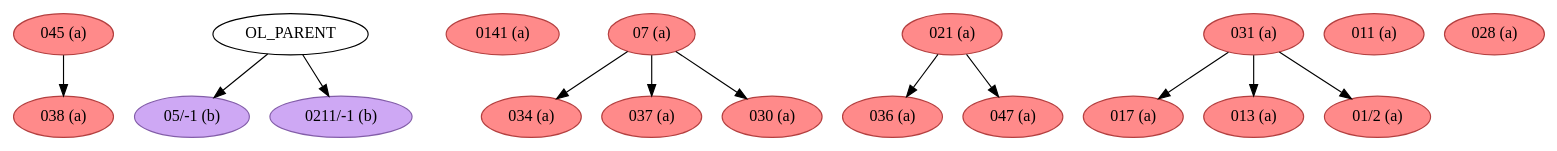
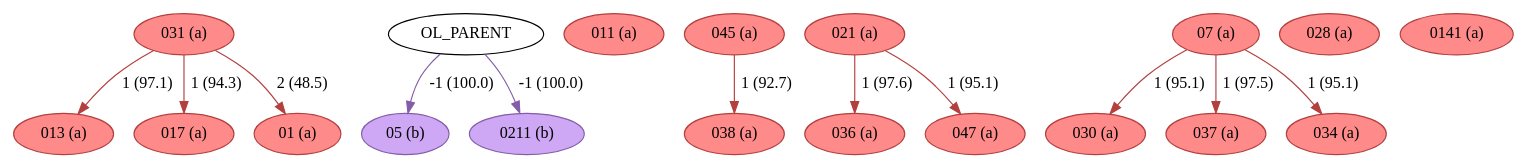
Before and after one commit to edmondac/CBGM: the diagram in example/c2/textual_flow_22_40_c2.dot, drawn with Graphviz. The commit also changed 163 other files, not shown here.

Commit message:
Updated diagrams with new code

```diff
--- a/example/c2/textual_flow_22_40_c2.dot
+++ b/example/c2/textual_flow_22_40_c2.dot
@@ -1,32 +1,32 @@
 strict digraph G {
+"013 (a)" [fillcolor="#FF8A8A", color="#b43f3f", style=filled];
+"05 (b)" [fillcolor="#CEA8F4", color="#835da9", style=filled];
+"011 (a)" [fillcolor="#FF8A8A", color="#b43f3f", style=filled];
+"017 (a)" [fillcolor="#FF8A8A", color="#b43f3f", style=filled];
+"045 (a)" [fillcolor="#FF8A8A", color="#b43f3f", style=filled];
+"021 (a)" [fillcolor="#FF8A8A", color="#b43f3f", style=filled];
+"030 (a)" [fillcolor="#FF8A8A", color="#b43f3f", style=filled];
+"028 (a)" [fillcolor="#FF8A8A", color="#b43f3f", style=filled];
+"037 (a)" [fillcolor="#FF8A8A", color="#b43f3f", style=filled];
+"036 (a)" [fillcolor="#FF8A8A", color="#b43f3f", style=filled];
+"07 (a)" [fillcolor="#FF8A8A", color="#b43f3f", style=filled];
+"0211 (b)" [fillcolor="#CEA8F4", color="#835da9", style=filled];
 "038 (a)" [fillcolor="#FF8A8A", color="#b43f3f", style=filled];
-"05/-1 (b)" [fillcolor="#CEA8F4", color="#835da9", style=filled];
+OL_PARENT;
+"034 (a)" [fillcolor="#FF8A8A", color="#b43f3f", style=filled];
+"047 (a)" [fillcolor="#FF8A8A", color="#b43f3f", style=filled];
 "0141 (a)" [fillcolor="#FF8A8A", color="#b43f3f", style=filled];
-"034 (a)" [fillcolor="#FF8A8A", color="#b43f3f", style=filled];
-"036 (a)" [fillcolor="#FF8A8A", color="#b43f3f", style=filled];
-"017 (a)" [fillcolor="#FF8A8A", color="#b43f3f", style=filled];
-"011 (a)" [fillcolor="#FF8A8A", color="#b43f3f", style=filled];
-"045 (a)" [fillcolor="#FF8A8A", color="#b43f3f", style=filled];
-"028 (a)" [fillcolor="#FF8A8A", color="#b43f3f", style=filled];
-OL_PARENT;
-"047 (a)" [fillcolor="#FF8A8A", color="#b43f3f", style=filled];
-"037 (a)" [fillcolor="#FF8A8A", color="#b43f3f", style=filled];
-"013 (a)" [fillcolor="#FF8A8A", color="#b43f3f", style=filled];
-"07 (a)" [fillcolor="#FF8A8A", color="#b43f3f", style=filled];
-"0211/-1 (b)" [fillcolor="#CEA8F4", color="#835da9", style=filled];
+"01 (a)" [fillcolor="#FF8A8A", color="#b43f3f", style=filled];
 "031 (a)" [fillcolor="#FF8A8A", color="#b43f3f", style=filled];
-"01/2 (a)" [fillcolor="#FF8A8A", color="#b43f3f", style=filled];
-"030 (a)" [fillcolor="#FF8A8A", color="#b43f3f", style=filled];
-"021 (a)" [fillcolor="#FF8A8A", color="#b43f3f", style=filled];
-"045 (a)" -> "038 (a)";
-OL_PARENT -> "05/-1 (b)";
-OL_PARENT -> "0211/-1 (b)";
-"07 (a)" -> "037 (a)";
-"07 (a)" -> "030 (a)";
-"07 (a)" -> "034 (a)";
-"031 (a)" -> "013 (a)";
-"031 (a)" -> "017 (a)";
-"031 (a)" -> "01/2 (a)";
-"021 (a)" -> "036 (a)";
-"021 (a)" -> "047 (a)";
+"045 (a)" -> "038 (a)"  [color="#b43f3f", label="1 (92.7)"];
+"021 (a)" -> "036 (a)"  [color="#b43f3f", label="1 (97.6)"];
+"021 (a)" -> "047 (a)"  [color="#b43f3f", label="1 (95.1)"];
+"07 (a)" -> "034 (a)"  [color="#b43f3f", label="1 (95.1)"];
+"07 (a)" -> "030 (a)"  [color="#b43f3f", label="1 (95.1)"];
+"07 (a)" -> "037 (a)"  [color="#b43f3f", label="1 (97.5)"];
+OL_PARENT -> "05 (b)"  [color="#835da9", label="-1 (100.0)"];
+OL_PARENT -> "0211 (b)"  [color="#835da9", label="-1 (100.0)"];
+"031 (a)" -> "01 (a)"  [color="#b43f3f", label="2 (48.5)"];
+"031 (a)" -> "017 (a)"  [color="#b43f3f", label="1 (94.3)"];
+"031 (a)" -> "013 (a)"  [color="#b43f3f", label="1 (97.1)"];
 }
```
